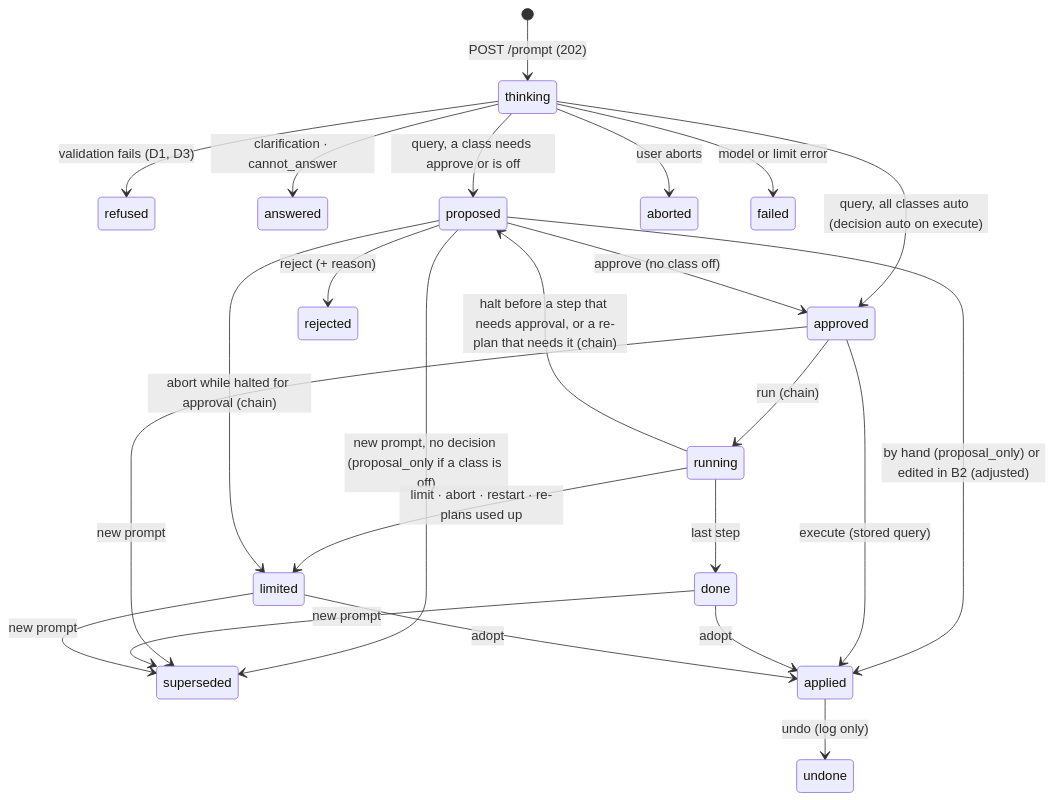
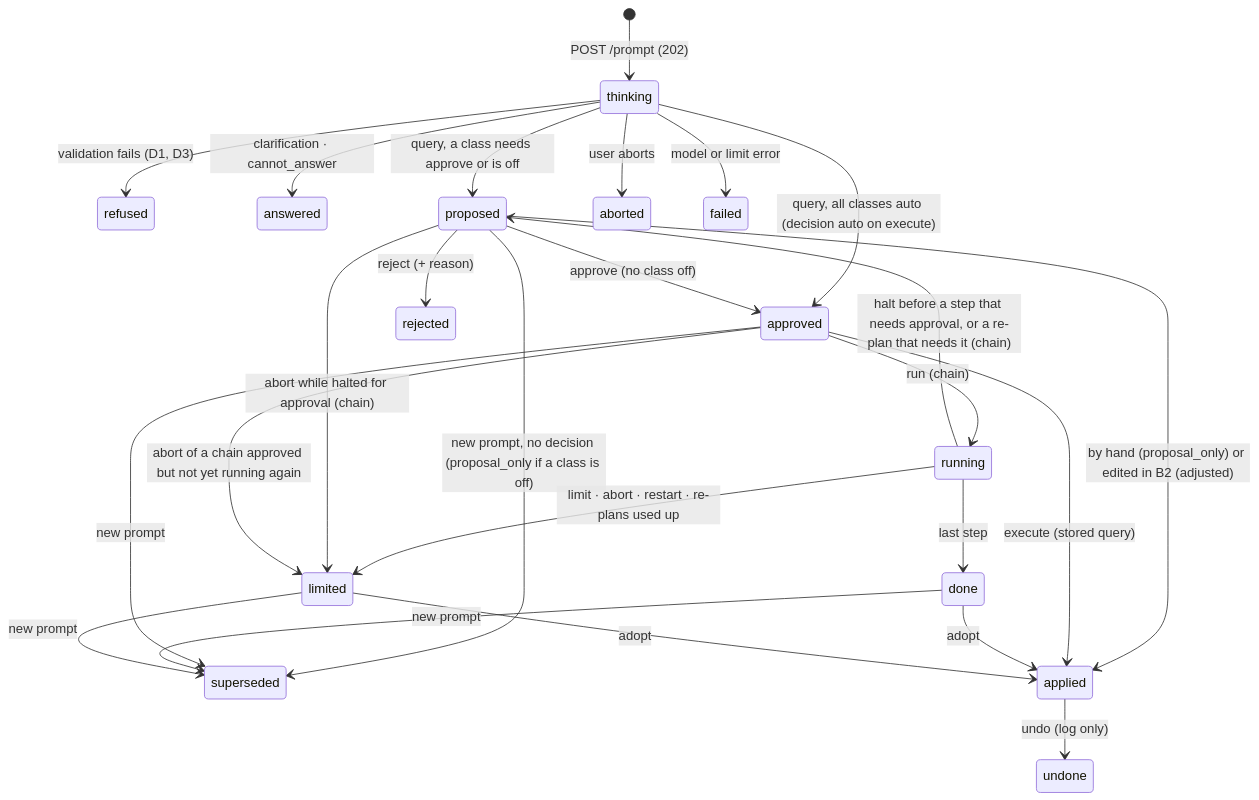
The first of 2 diagrams in docs/plan-e2.3-e2.6.md (DavidAndrey/GeoTandem), drawn with Mermaid before and after one commit. The commit also changed other lines of this file, not shown here.

````diff
--- a/docs/plan-e2.3-e2.6.md
+++ b/docs/plan-e2.3-e2.6.md
@@ -42,26 +42,27 @@
 ```mermaid
 stateDiagram-v2
   [*] --> thinking : POST /prompt (202)
   thinking --> refused : validation fails (D1, D3)
   thinking --> answered : clarification · cannot_answer
   thinking --> proposed : query, a class needs approve or is off
   thinking --> approved : query, all classes auto (decision auto on execute)
   thinking --> aborted : user aborts
   thinking --> failed : model or limit error
   proposed --> approved : approve (no class off)
   proposed --> rejected : reject (+ reason)
   proposed --> superseded : new prompt, no decision (proposal_only if a class is off)
   proposed --> applied : by hand (proposal_only) or edited in B2 (adjusted)
   approved --> applied : execute (stored query)
   approved --> running : run (chain)
   running --> done : last step
   running --> proposed : halt before a step that needs approval, or a re-plan that needs it (chain)
   running --> limited : limit · abort · restart · re-plans used up
   proposed --> limited : abort while halted for approval (chain)
+  approved --> limited : abort of a chain approved but not yet running again
   done --> applied : adopt
   limited --> applied : adopt
   approved --> superseded : new prompt
   done --> superseded : new prompt
   limited --> superseded : new prompt
   applied --> undone : undo (log only)
 ```
````
